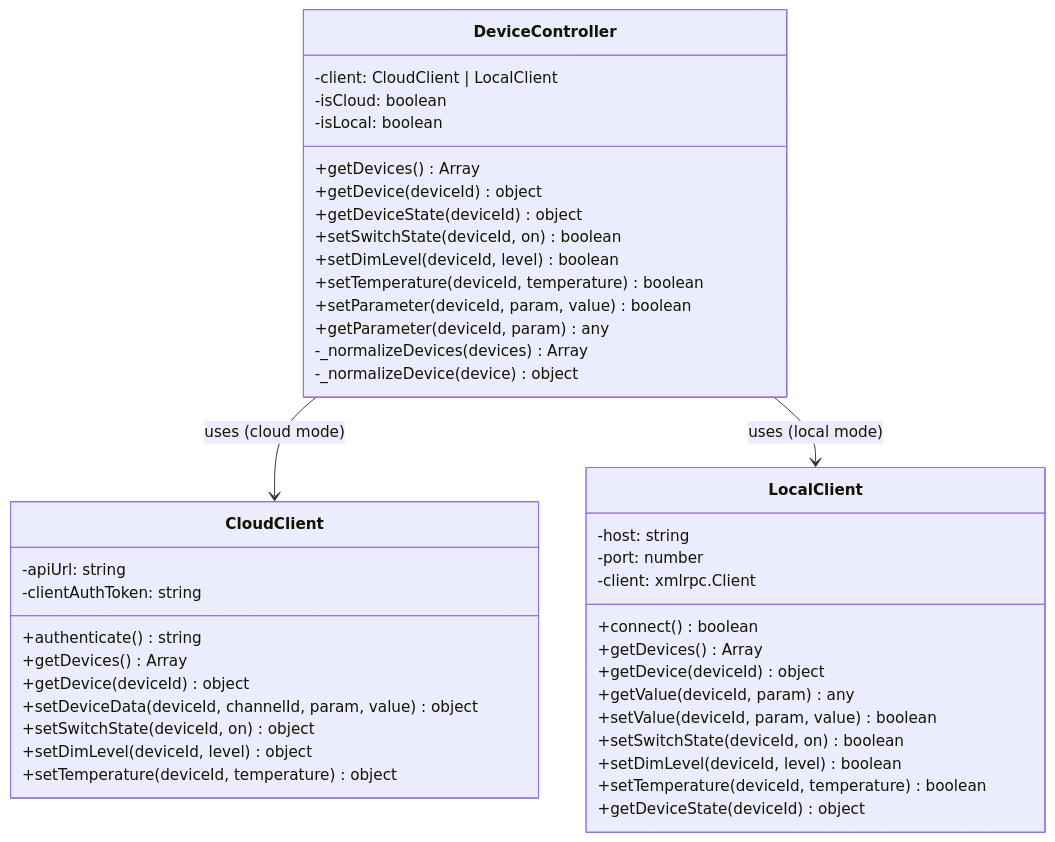
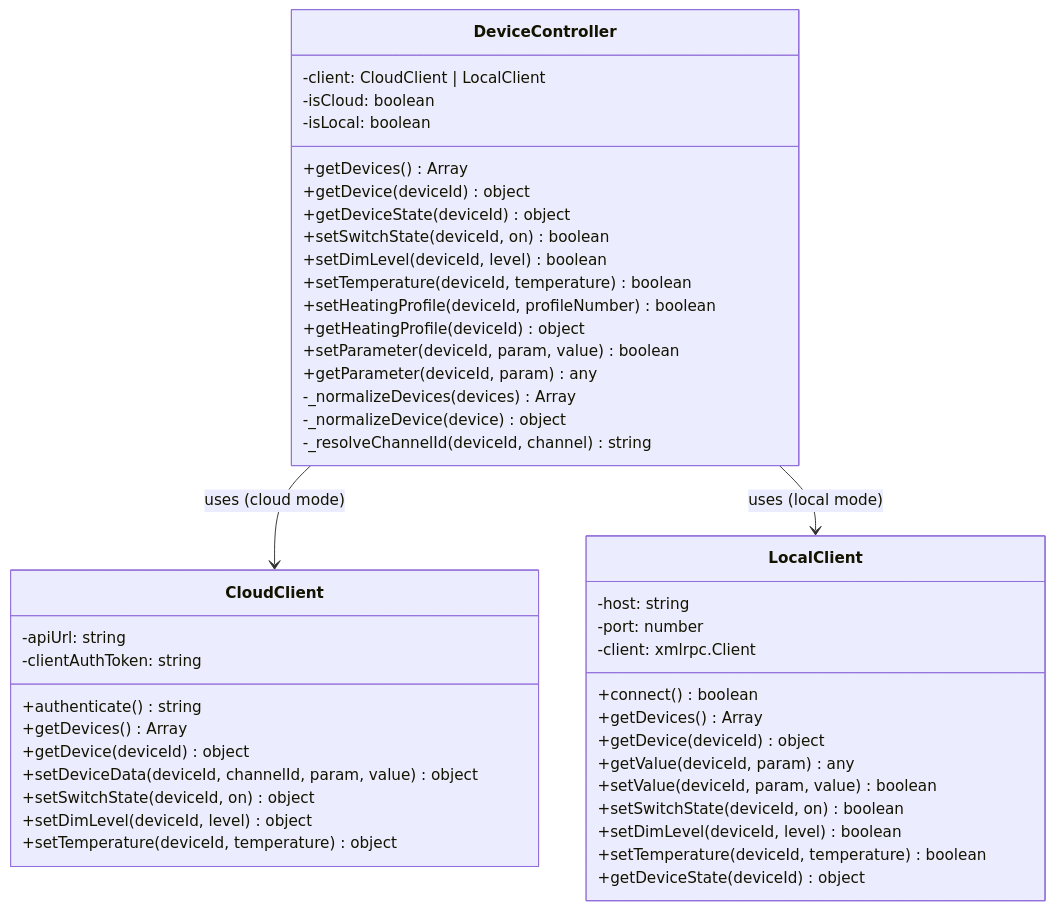
One commit to rore78/homematicHeatingWithNumbersFile changed the fourth of 5 diagrams in docs/architecture.md. Above: the diagram before and after it, drawn with Mermaid. The commit also changed other lines of this file and 72 other files, not shown here.

````diff
--- a/docs/architecture.md
+++ b/docs/architecture.md
@@ -127,48 +168,51 @@
 ```mermaid
 classDiagram
     class DeviceController {
         -client: CloudClient | LocalClient
         -isCloud: boolean
         -isLocal: boolean
         +getDevices() Array
         +getDevice(deviceId) object
         +getDeviceState(deviceId) object
         +setSwitchState(deviceId, on) boolean
         +setDimLevel(deviceId, level) boolean
         +setTemperature(deviceId, temperature) boolean
+        +setHeatingProfile(deviceId, profileNumber) boolean
+        +getHeatingProfile(deviceId) object
         +setParameter(deviceId, param, value) boolean
         +getParameter(deviceId, param) any
         -_normalizeDevices(devices) Array
         -_normalizeDevice(device) object
+        -_resolveChannelId(deviceId, channel) string
     }
 
     class CloudClient {
         -apiUrl: string
         -clientAuthToken: string
         +authenticate() string
         +getDevices() Array
         +getDevice(deviceId) object
         +setDeviceData(deviceId, channelId, param, value) object
         +setSwitchState(deviceId, on) object
         +setDimLevel(deviceId, level) object
         +setTemperature(deviceId, temperature) object
     }
 
     class LocalClient {
         -host: string
         -port: number
         -client: xmlrpc.Client
         +connect() boolean
         +getDevices() Array
         +getDevice(deviceId) object
         +getValue(deviceId, param) any
         +setValue(deviceId, param, value) boolean
         +setSwitchState(deviceId, on) boolean
         +setDimLevel(deviceId, level) boolean
         +setTemperature(deviceId, temperature) boolean
         +getDeviceState(deviceId) object
     }
 
     DeviceController --> CloudClient : uses (cloud mode)
     DeviceController --> LocalClient : uses (local mode)
 ```
````
